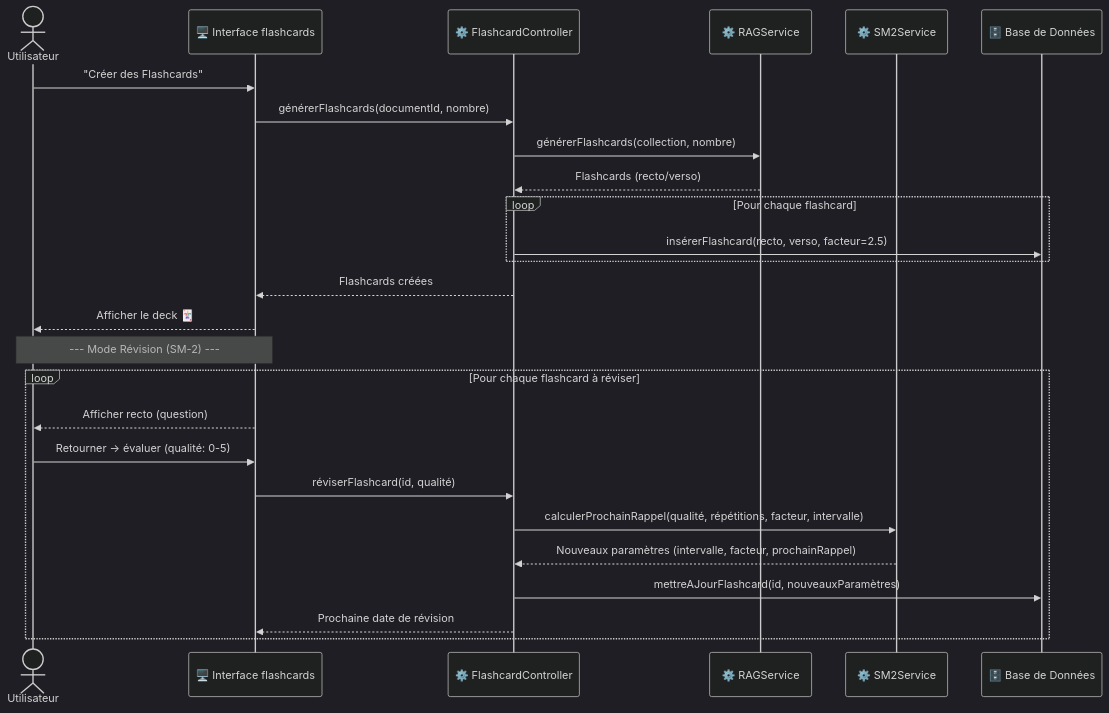
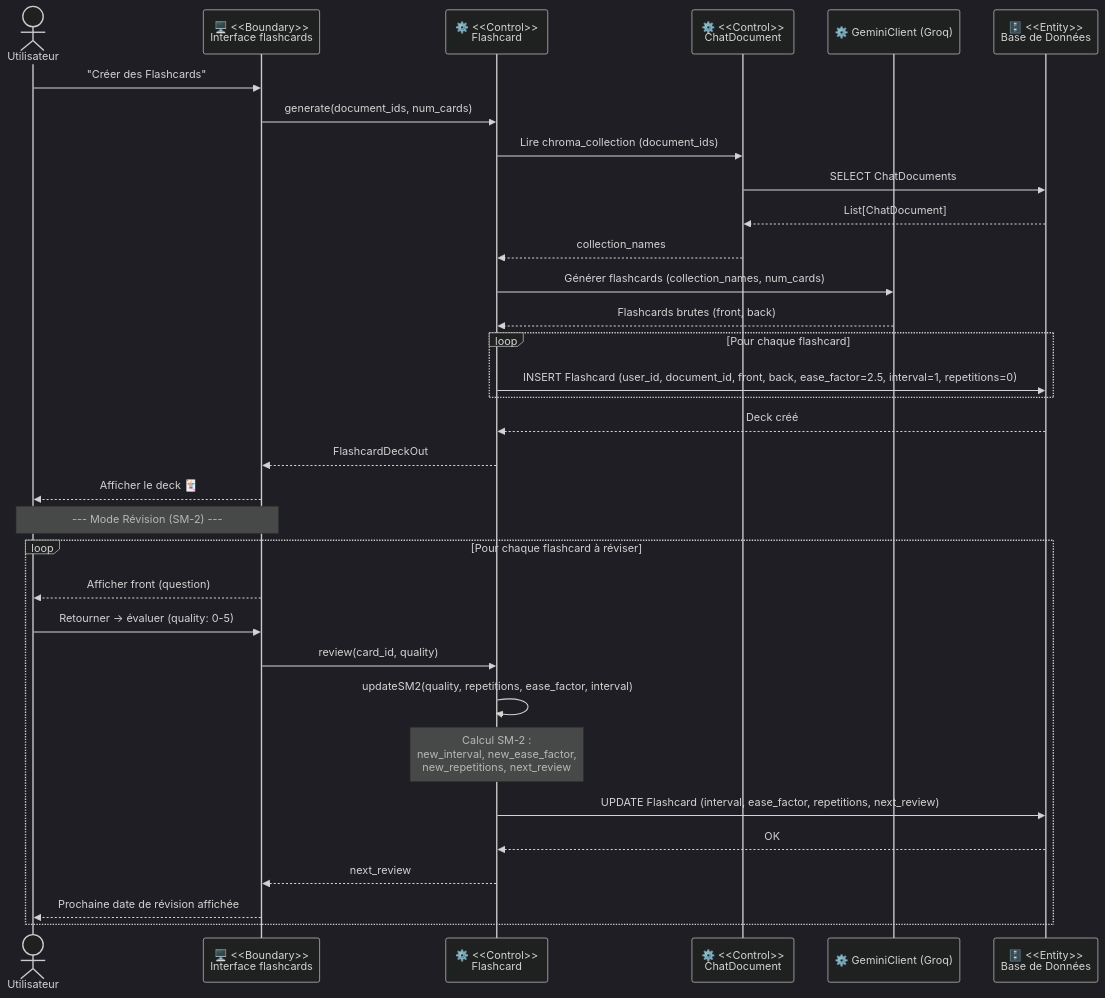
Before and after one commit to Jkacem/smart_focus: diagram 14 of 20 in docs/Conception_DiagrammeSequence.md, drawn with Mermaid (dark theme). The commit also changed other lines of this file and 31 other files, not shown here.

````diff
--- a/docs/Conception_DiagrammeSequence.md
+++ b/docs/Conception_DiagrammeSequence.md
@@ -348,32 +484,40 @@
 ```mermaid
 sequenceDiagram
     actor Utilisateur
-    participant B as 🖥️ Interface flashcards
-    participant C as ⚙️ FlashcardController
-    participant RAG as ⚙️ RAGService
-    participant SM2 as ⚙️ SM2Service
-    participant E as 🗄️ Base de Données
+    participant B  as 🖥️ <<Boundary>><br/>Interface flashcards
+    participant FC as ⚙️ <<Control>><br/>Flashcard
+    participant CD as ⚙️ <<Control>><br/>ChatDocument
+    participant LLM as ⚙️ GeminiClient (Groq)
+    participant E  as 🗄️ <<Entity>><br/>Base de Données
 
     Utilisateur->>B: "Créer des Flashcards"
-    B->>C: générerFlashcards(documentId, nombre)
-    C->>RAG: générerFlashcards(collection, nombre)
-    RAG-->>C: Flashcards (recto/verso)
+    B->>FC: generate(document_ids, num_cards)
+    FC->>CD: Lire chroma_collection (document_ids)
+    CD->>E: SELECT ChatDocuments
+    E-->>CD: List[ChatDocument]
+    CD-->>FC: collection_names
+
+    FC->>LLM: Générer flashcards (collection_names, num_cards)
+    LLM-->>FC: Flashcards brutes (front, back)
 
     loop Pour chaque flashcard
-        C->>E: insérerFlashcard(recto, verso, facteur=2.5)
+        FC->>E: INSERT Flashcard (user_id, document_id, front, back, ease_factor=2.5, interval=1, repetitions=0)
     end
-    C-->>B: Flashcards créées
+    E-->>FC: Deck créé
+    FC-->>B: FlashcardDeckOut
     B-->>Utilisateur: Afficher le deck 🃏
 
     Note over Utilisateur, B: --- Mode Révision (SM-2) ---
 
     loop Pour chaque flashcard à réviser
-        B-->>Utilisateur: Afficher recto (question)
-        Utilisateur->>B: Retourner → évaluer (qualité: 0-5)
-        B->>C: réviserFlashcard(id, qualité)
-        C->>SM2: calculerProchainRappel(qualité, répétitions, facteur, intervalle)
-        SM2-->>C: Nouveaux paramètres (intervalle, facteur, prochainRappel)
-        C->>E: mettreAJourFlashcard(id, nouveauxParamètres)
-        C-->>B: Prochaine date de révision
+        B-->>Utilisateur: Afficher front (question)
+        Utilisateur->>B: Retourner → évaluer (quality: 0-5)
+        B->>FC: review(card_id, quality)
+        FC->>FC: updateSM2(quality, repetitions, ease_factor, interval)
+        Note over FC: Calcul SM-2 :<br/>new_interval, new_ease_factor,<br/>new_repetitions, next_review
+        FC->>E: UPDATE Flashcard (interval, ease_factor, repetitions, next_review)
+        E-->>FC: OK
+        FC-->>B: next_review
+        B-->>Utilisateur: Prochaine date de révision affichée
     end
 ```
````
